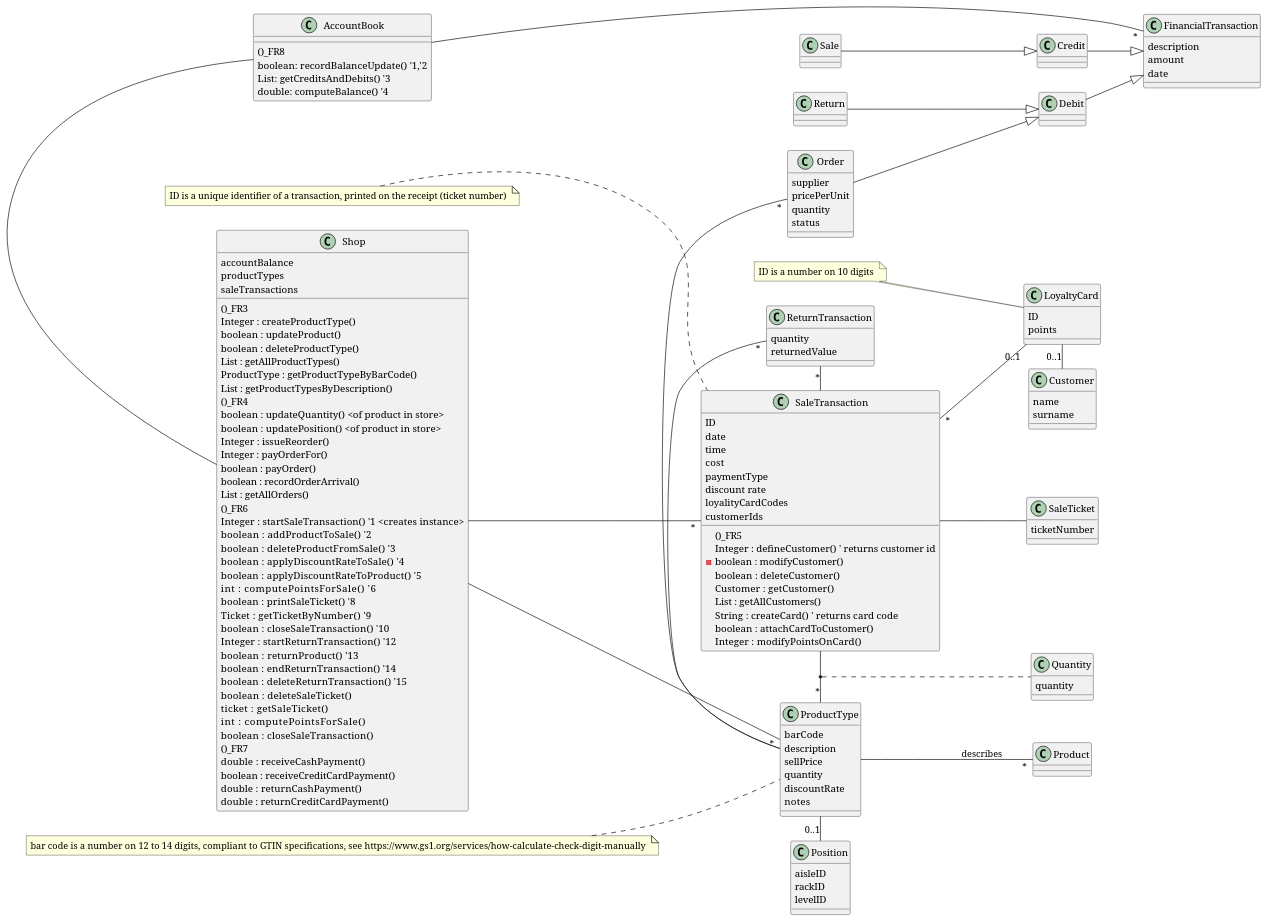
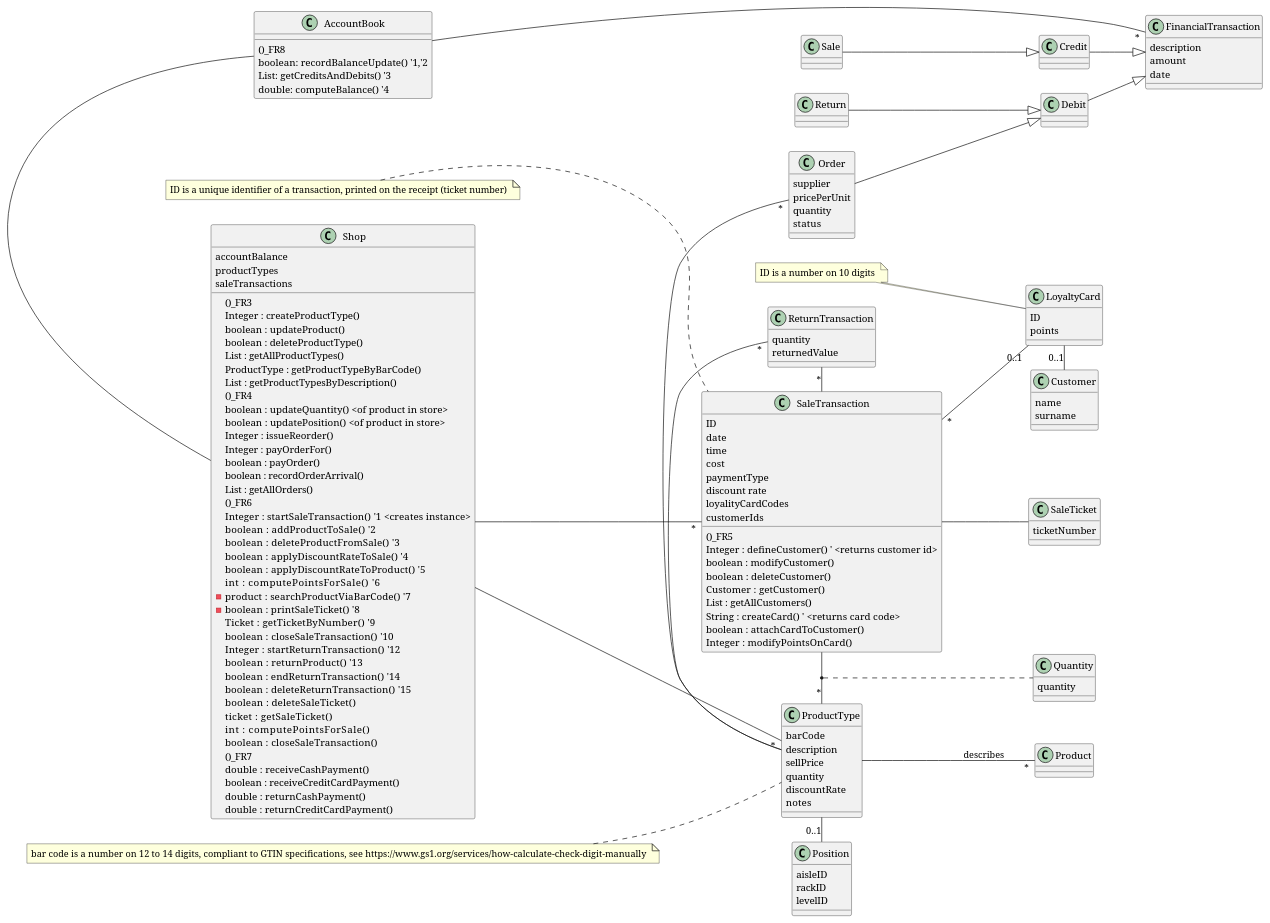
Before and after one commit to zitabou/EZShop: the second of 2 diagrams in Deliverables/DesignDocument.md, drawn with PlantUML.

Commit message:
Update comments

```diff
--- a/Deliverables/DesignDocument.md
+++ b/Deliverables/DesignDocument.md
@@ -70,13 +70,14 @@
     boolean : recordOrderArrival()
     List : getAllOrders()
     ()_FR6
-    Integer  : startSaleTransaction() '1 <creates instance>
+    Integer   : startSaleTransaction() '1 <creates instance>
     boolean   : addProductToSale() '2
     boolean   : deleteProductFromSale() '3
     boolean   : applyDiscountRateToSale() '4
     boolean   : applyDiscountRateToProduct() '5 
     int       : computePointsForSale() '6
-    boolean   : printSaleTicket() '8
+    -product   : searchProductViaBarCode() '7
+    -boolean   : printSaleTicket() '8
     Ticket    : getTicketByNumber() '9
     boolean   : closeSaleTransaction() '10
     Integer   : startReturnTransaction() '12
@@ -146,12 +147,12 @@
     loyalityCardCodes
     customerIds
     ()_FR5
-    Integer : defineCustomer() ' returns customer id
-    -boolean : modifyCustomer()
+    Integer : defineCustomer() ' <returns customer id>
+    boolean : modifyCustomer()
     boolean : deleteCustomer()
     Customer : getCustomer()
     List : getAllCustomers()
-    String : createCard()  ' returns card code
+    String : createCard()  ' <returns card code>
     boolean : attachCardToCustomer()
     Integer  : modifyPointsOnCard()
 
```
